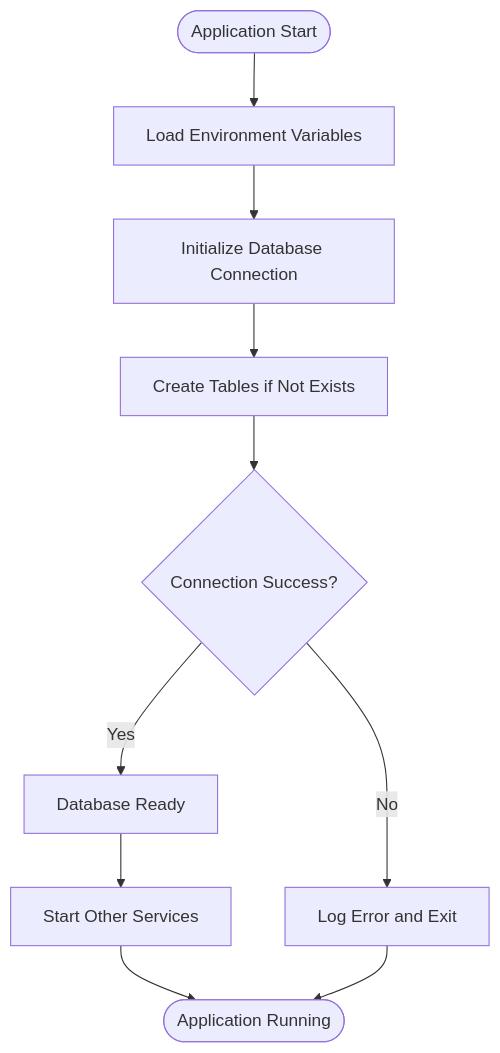
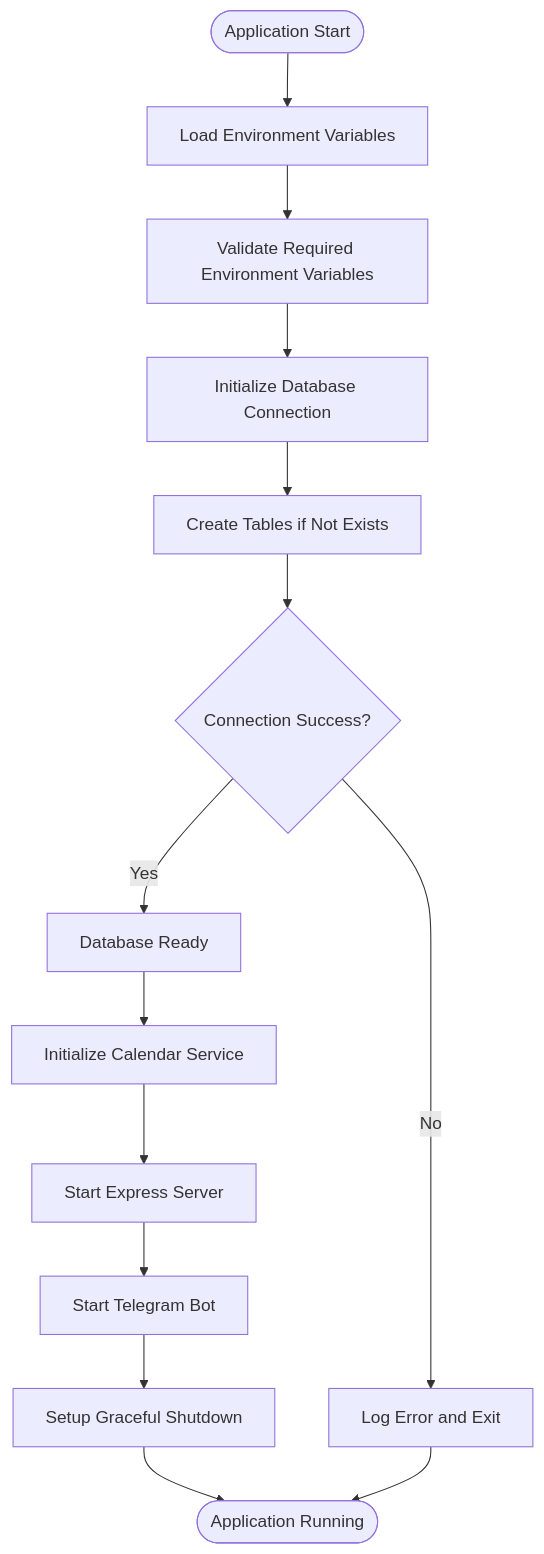
One commit to Armanda888/appointment-voice-agent changed the fifth of 18 diagrams in .qoder/repowiki/en/content/Core Components/Database Management.md. Above: the diagram before and after it, drawn with Mermaid. The commit also changed other lines of this file and 10 other files, not shown here.

````diff
--- a/.qoder/repowiki/en/content/Core Components/Database Management.md
+++ b/.qoder/repowiki/en/content/Core Components/Database Management.md
@@ -203,12 +227,16 @@
 ```mermaid
 flowchart TD
 Start([Application Start]) --> LoadEnv["Load Environment Variables"]
-LoadEnv --> InitDB["Initialize Database Connection"]
+LoadEnv --> ValidateEnv["Validate Required Environment Variables"]
+ValidateEnv --> InitDB["Initialize Database Connection"]
 InitDB --> CreateTables["Create Tables if Not Exists"]
 CreateTables --> ConnectOK{"Connection Success?"}
 ConnectOK --> |Yes| Ready["Database Ready"]
 ConnectOK --> |No| Error["Log Error and Exit"]
-Ready --> Services["Start Other Services"]
-Services --> End([Application Running])
+Ready --> InitCalendar["Initialize Calendar Service"]
+InitCalendar --> InitServer["Start Express Server"]
+InitServer --> InitBot["Start Telegram Bot"]
+InitBot --> SetupShutdown["Setup Graceful Shutdown"]
+SetupShutdown --> End([Application Running])
 Error --> End
 ```
````
